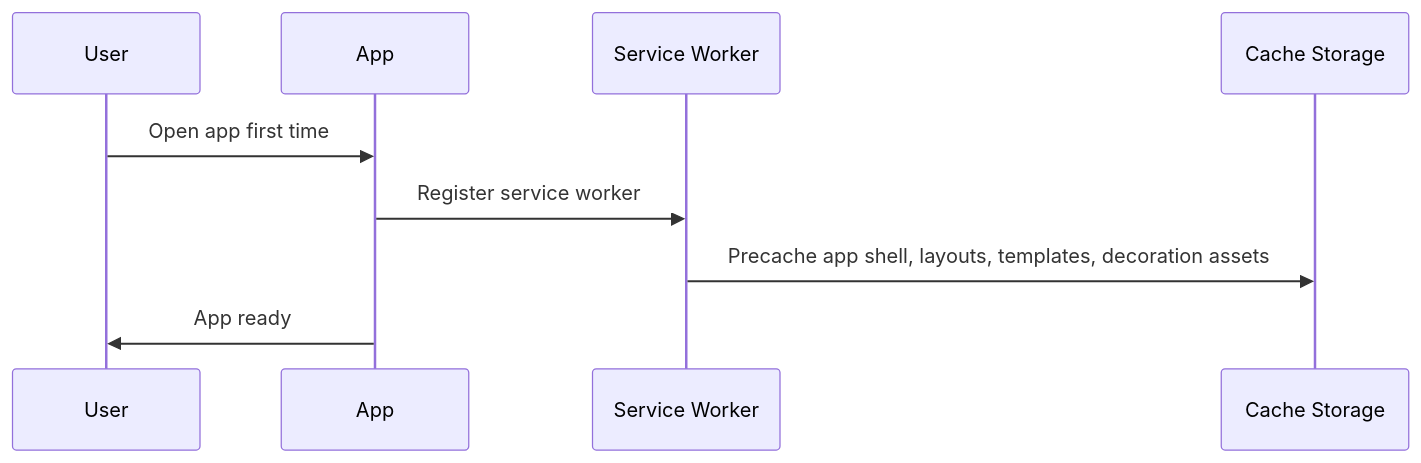
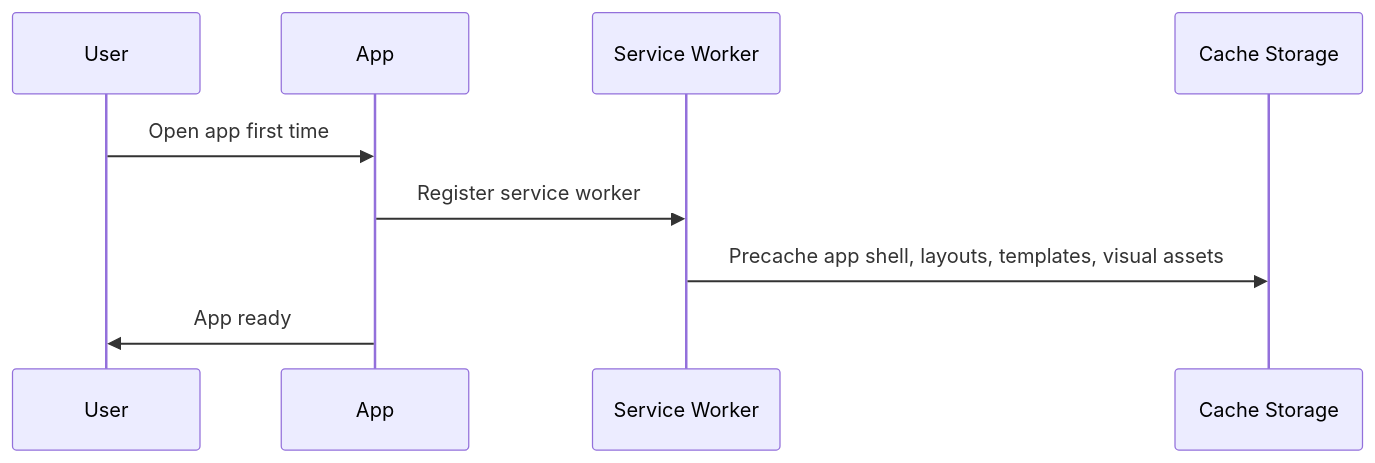
The second of 5 diagrams in docs/stecute-technical-design.md (kungfufafa/SteCute), drawn with Mermaid before and after one commit. The commit also changed other lines of this file and 55 other files, not shown here.

````diff
--- a/docs/stecute-technical-design.md
+++ b/docs/stecute-technical-design.md
@@ -539,12 +549,12 @@
 ```mermaid
 sequenceDiagram
     participant U as User
     participant A as App
     participant SW as Service Worker
     participant C as Cache Storage
 
     U->>A: Open app first time
     A->>SW: Register service worker
-    SW->>C: Precache app shell, layouts, templates, decoration assets
+    SW->>C: Precache app shell, layouts, templates, visual assets
     A->>U: App ready
 ```
````
